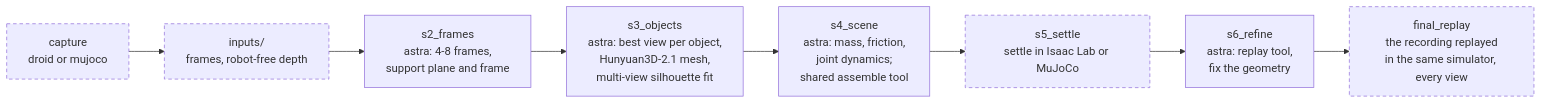
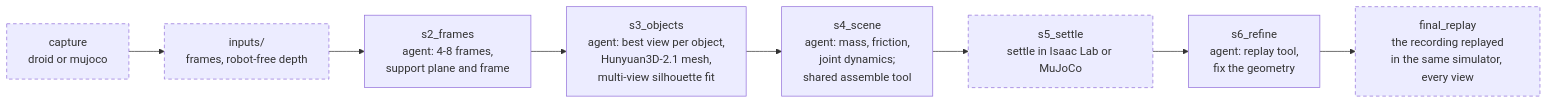
The second of 2 diagrams in README.md (weiqianwang123/R2S2R), drawn with Mermaid before and after one commit. The commit also changed other lines of this file and 7 other files, not shown here.

````diff
--- a/README.md
+++ b/README.md
@@ -66,12 +69,12 @@
 ```mermaid
 flowchart LR
   cap["capture<br/>droid or mujoco"] --> inp["inputs/<br/>frames, robot-free depth"]
-  inp --> s2["s2_frames<br/>astra: 4-8 frames,<br/>support plane and frame"]
-  s2 --> s3["s3_objects<br/>astra: best view per object,<br/>Hunyuan3D-2.1 mesh,<br/>multi-view silhouette fit"]
-  s3 --> s4["s4_scene<br/>astra: mass, friction,<br/>joint dynamics;<br/>shared assemble tool"]
+  inp --> s2["s2_frames<br/>agent: 4-8 frames,<br/>support plane and frame"]
+  s2 --> s3["s3_objects<br/>agent: best view per object,<br/>Hunyuan3D-2.1 mesh,<br/>multi-view silhouette fit"]
+  s3 --> s4["s4_scene<br/>agent: mass, friction,<br/>joint dynamics;<br/>shared assemble tool"]
   s4 --> s5["s5_settle<br/>settle in Isaac Lab or MuJoCo"]
-  s5 --> s6["s6_refine<br/>astra: replay tool,<br/>fix the geometry"]
+  s5 --> s6["s6_refine<br/>agent: replay tool,<br/>fix the geometry"]
   s6 --> fr["final_replay<br/>the recording replayed<br/>in the same simulator, every view"]
   class cap,inp,s5,fr shared
   classDef shared stroke-dasharray: 5 4
 ```
````
